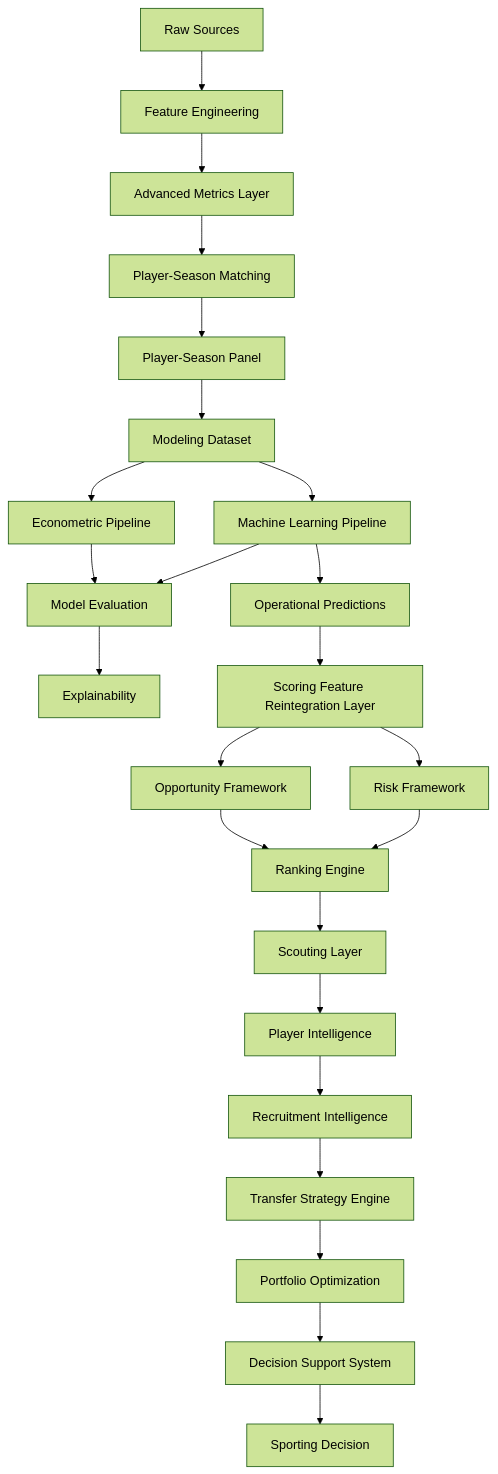
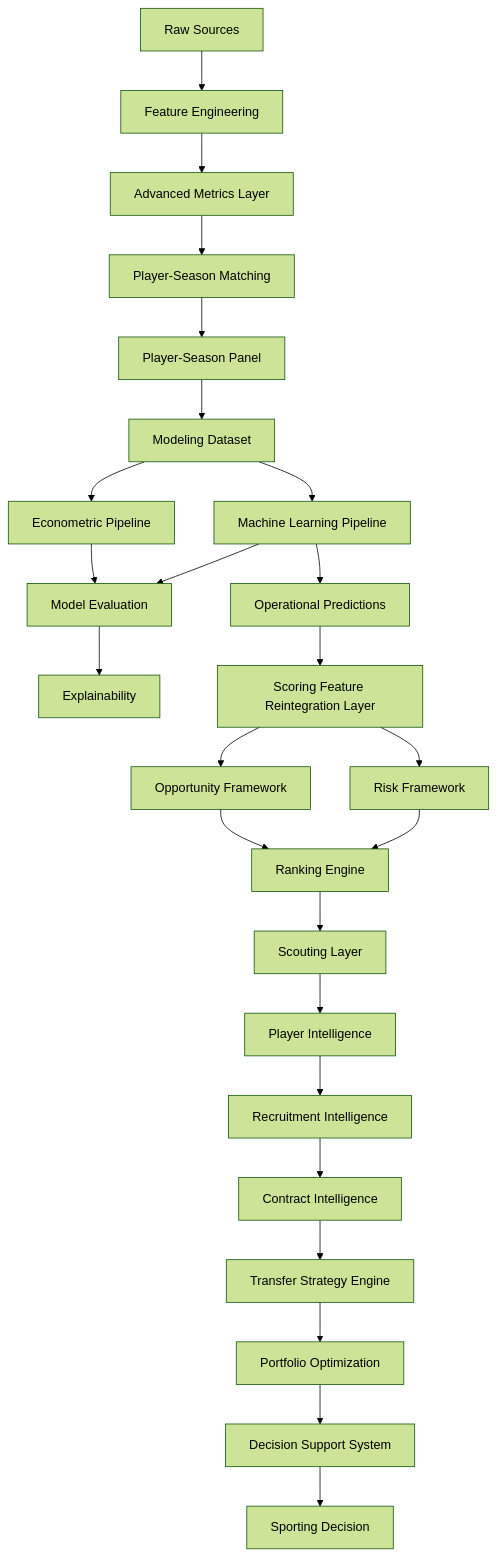
Before and after one commit to manuelpeba/market-value-football-tfm: the diagram in docs/architecture.md, drawn with Mermaid (forest theme). The commit also changed other lines of this file and 16 other files, not shown here.

Commit message:
feat(tm3): finalize contract intelligence layer

````diff
--- a/docs/architecture.md
+++ b/docs/architecture.md
@@ -87,46 +95,48 @@
 ```mermaid
 flowchart TD
 
 A[Raw Sources]
 --> B[Feature Engineering]
 
 B --> C[Advanced Metrics Layer]
 
 C --> D[Player-Season Matching]
 
 D --> E[Player-Season Panel]
 
 E --> F[Modeling Dataset]
 
 F --> G[Econometric Pipeline]
 F --> H[Machine Learning Pipeline]
 
 G --> I[Model Evaluation]
 H --> I
 
 I --> J[Explainability]
 
 H --> K[Operational Predictions]
 
 K --> L[Scoring Feature Reintegration Layer]
 
 L --> M[Opportunity Framework]
 L --> N[Risk Framework]
 
 M --> O[Ranking Engine]
 N --> O
 
 O --> P[Scouting Layer]
 
 P --> Q[Player Intelligence]
 
 Q --> R[Recruitment Intelligence]
 
-R --> S[Transfer Strategy Engine]
+R --> S[Contract Intelligence]
 
-S --> T[Portfolio Optimization]
+S --> T[Transfer Strategy Engine]
 
-T --> U[Decision Support System]
+T --> U[Portfolio Optimization]
 
-U --> V[Sporting Decision]
+U --> V[Decision Support System]
+
+V --> W[Sporting Decision]
 ```
````
